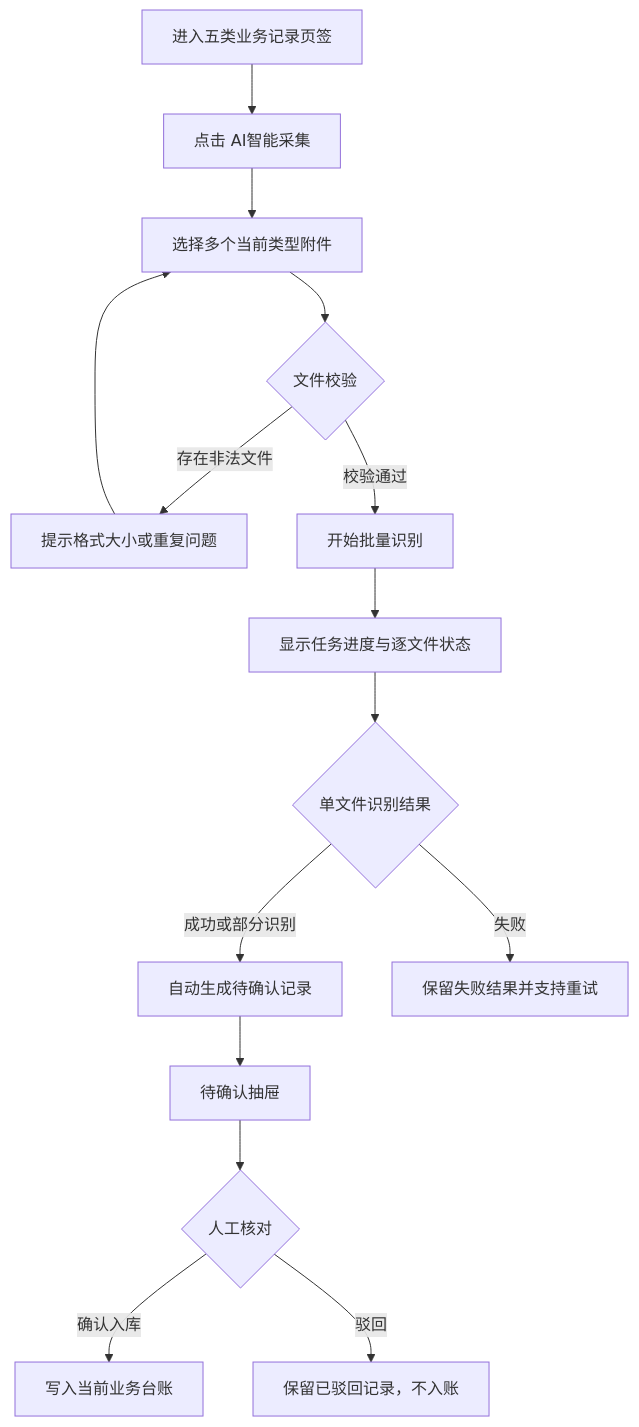
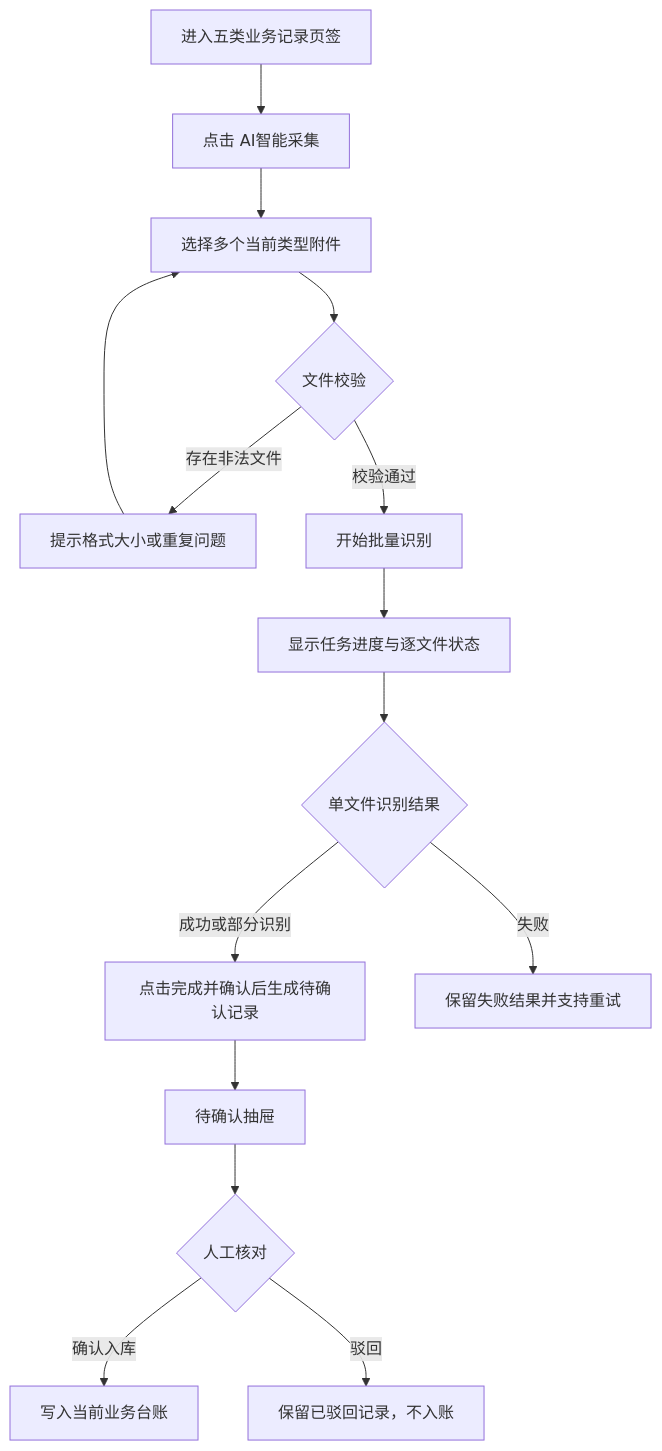
The diagram in 工人数据采集页面优化_前端原型开发方案.md (erya1991/worker-Portrait-and-homepage), drawn with Mermaid before and after one commit. The commit also changed other lines of this file and 3 other files, not shown here.

````diff
--- a/工人数据采集页面优化_前端原型开发方案.md
+++ b/工人数据采集页面优化_前端原型开发方案.md
@@ -229,17 +229,17 @@
 ```mermaid
 flowchart TD
   A[进入五类业务记录页签] --> B[点击 AI智能采集]
   B --> C[选择多个当前类型附件]
   C --> D{文件校验}
   D -->|存在非法文件| E[提示格式大小或重复问题]
   E --> C
   D -->|校验通过| F[开始批量识别]
   F --> G[显示任务进度与逐文件状态]
   G --> H{单文件识别结果}
-  H -->|成功或部分识别| I[自动生成待确认记录]
+  H -->|成功或部分识别| I[点击完成并确认后生成待确认记录]
   H -->|失败| J[保留失败结果并支持重试]
   I --> K[待确认抽屉]
   K --> L{人工核对}
   L -->|确认入库| M[写入当前业务台账]
   L -->|驳回| N[保留已驳回记录，不入账]
 ```
````
